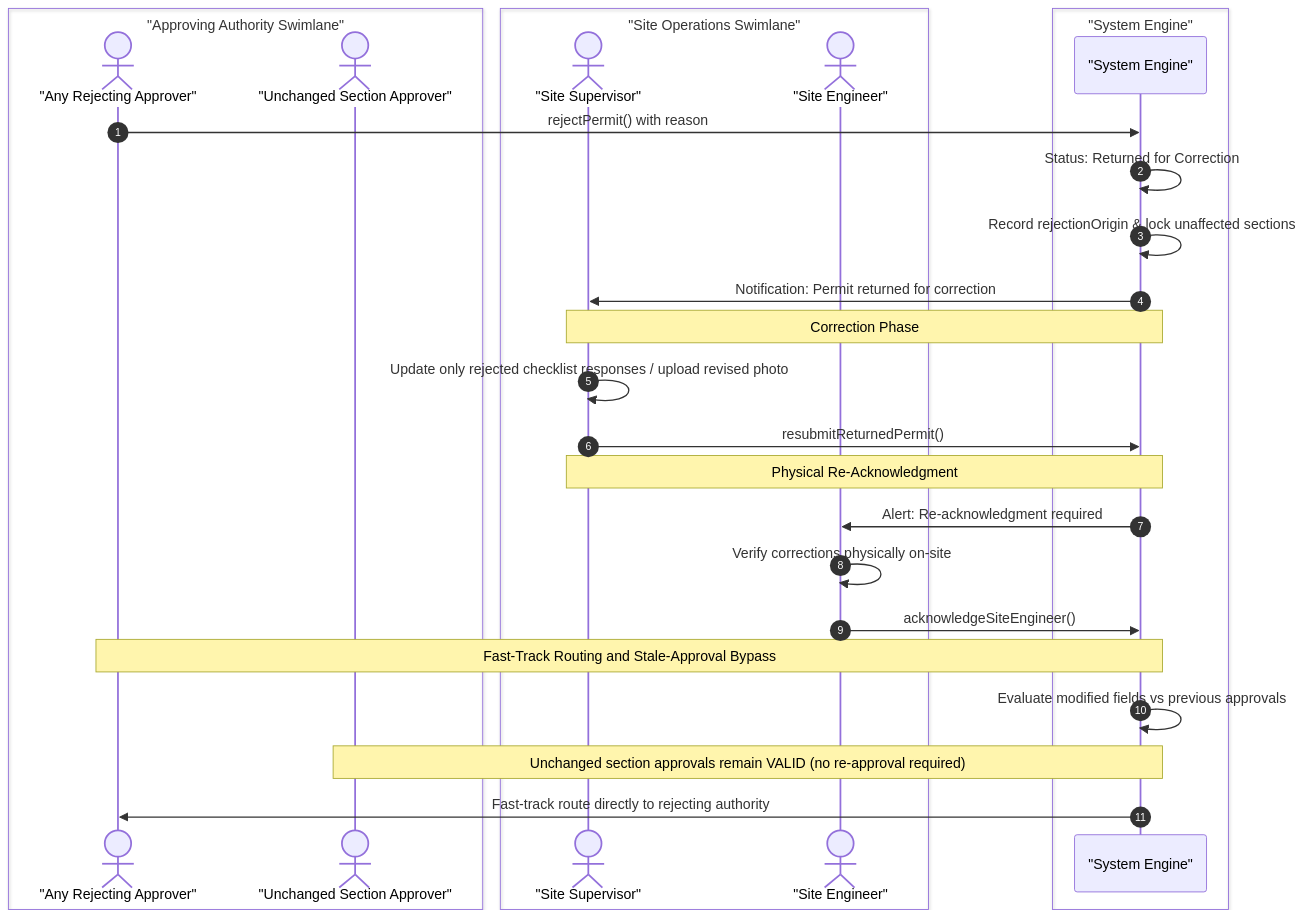
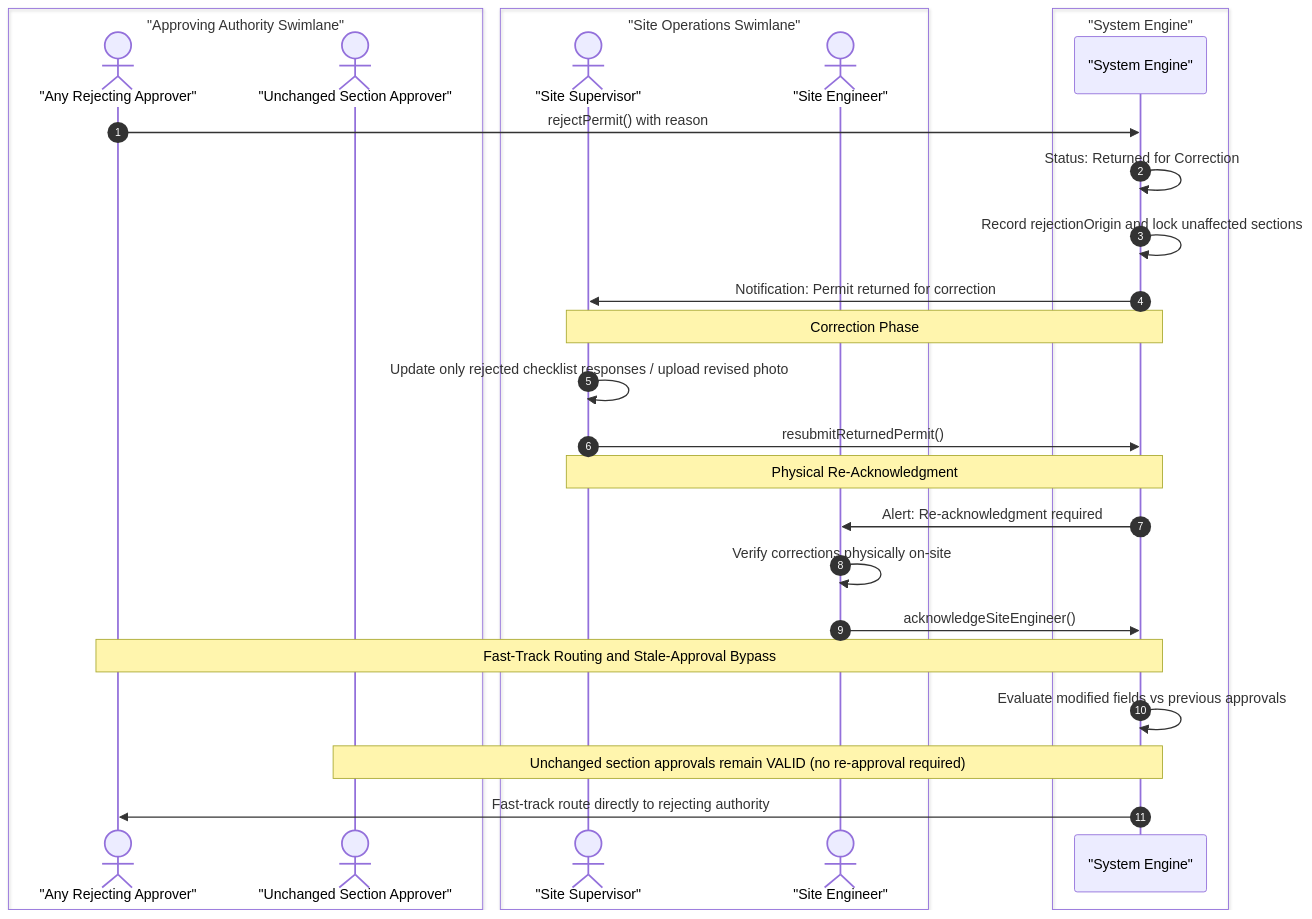
One commit to AuroGroupAutomationBot/ARPL-EHS-Demo changed diagram 33 of 44 in README.md. Above: the diagram before and after it, drawn with Mermaid. The commit also changed other lines of this file, not shown here.

````diff
--- a/README.md
+++ b/README.md
@@ -2509,33 +2548,33 @@
 ```mermaid
 sequenceDiagram
     autonumber
     box "Approving Authority Swimlane"
         actor Approver as "Any Rejecting Approver"
         actor PreviousApprover as "Unchanged Section Approver"
     end
     box "Site Operations Swimlane"
         actor SS as "Site Supervisor"
         actor SE as "Site Engineer"
     end
     box "System Engine"
         participant SYS as "System Engine"
     end
 
     Approver->>SYS: rejectPermit() with reason
     SYS->>SYS: Status: Returned for Correction
-    SYS->>SYS: Record rejectionOrigin & lock unaffected sections
+    SYS->>SYS: Record rejectionOrigin and lock unaffected sections
     SYS->>SS: Notification: Permit returned for correction
     Note over SS,SYS: Correction Phase
     SS->>SS: Update only rejected checklist responses / upload revised photo
     SS->>SYS: resubmitReturnedPermit()
 
     Note over SS,SYS: Physical Re-Acknowledgment
     SYS->>SE: Alert: Re-acknowledgment required
     SE->>SE: Verify corrections physically on-site
     SE->>SYS: acknowledgeSiteEngineer()
 
     Note over SYS,Approver: Fast-Track Routing and Stale-Approval Bypass
     SYS->>SYS: Evaluate modified fields vs previous approvals
     Note over PreviousApprover,SYS: Unchanged section approvals remain VALID (no re-approval required)
     SYS->>Approver: Fast-track route directly to rejecting authority
 ```
````
